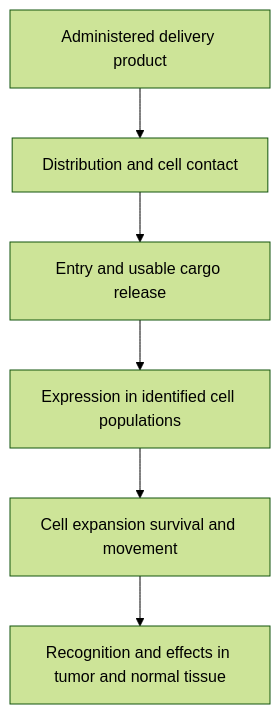
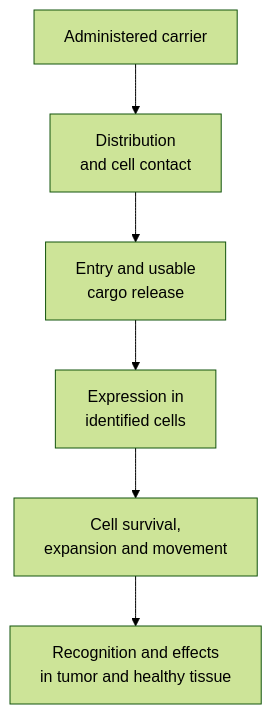
The diagram in wiki/education/cellular-therapies/06-in-vivo-delivery.md (jasonLaster/oncoguide), drawn with Mermaid (forest theme) before and after one commit. The commit also changed other lines of this file and 43 other files, not shown here.

Commit message:
education: sync engineered-cell curriculum and native diagram settings

````diff
--- a/wiki/education/cellular-therapies/06-in-vivo-delivery.md
+++ b/wiki/education/cellular-therapies/06-in-vivo-delivery.md
@@ -94,8 +94,8 @@
 ```mermaid
 flowchart TD
-  A[Administered delivery product] --> B[Distribution and cell contact]
-  B --> C[Entry and usable cargo release]
-  C --> D[Expression in identified cell populations]
-  D --> E[Cell expansion survival and movement]
-  E --> F[Recognition and effects in tumor and normal tissue]
+  A["Administered carrier"] --> B["Distribution<br/>and cell contact"]
+  B --> C["Entry and usable<br/>cargo release"]
+  C --> D["Expression in<br/>identified cells"]
+  D --> E["Cell survival,<br/>expansion and movement"]
+  E --> F["Recognition and effects<br/>in tumor and healthy tissue"]
 ```
````
